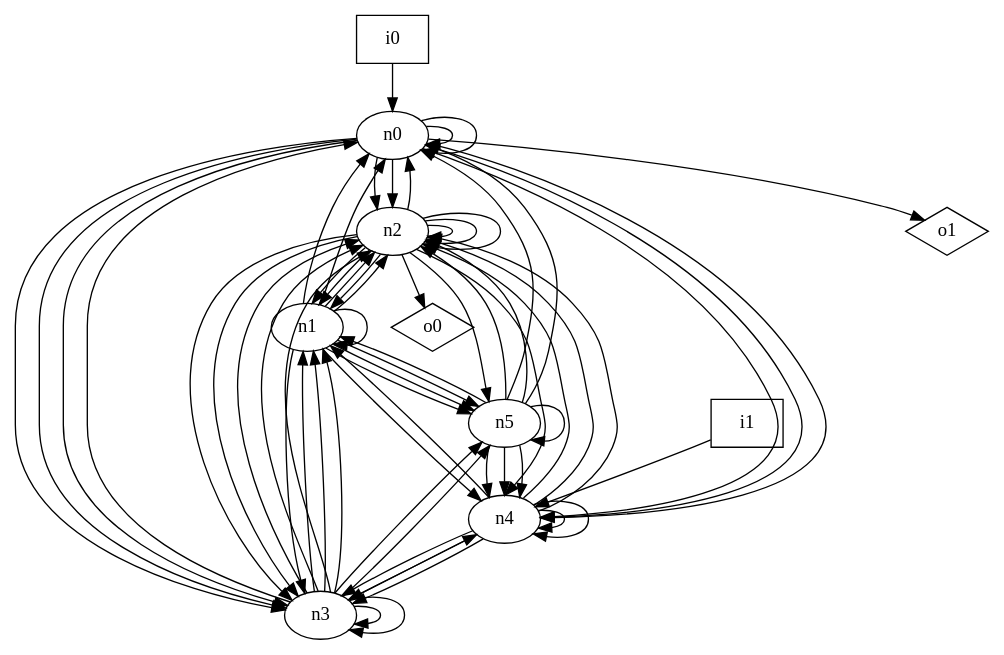
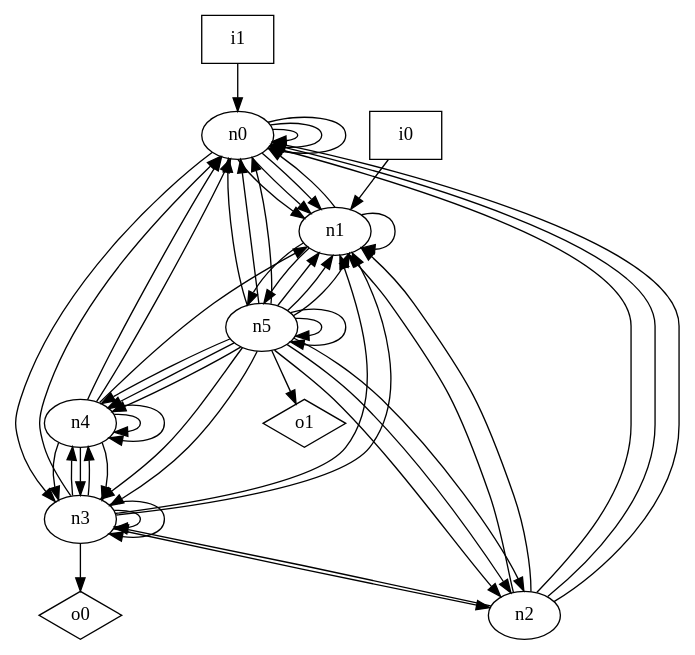
One commit to p9romain/bool-circuits changed the diagram in dot_files/random/random_graph.dot. Above: the diagram before and after it, drawn with Graphviz. The commit also changed 22 other files, not shown here.

```diff
--- a/dot_files/random/random_graph.dot
+++ b/dot_files/random/random_graph.dot
@@ -1,77 +1,65 @@
 digraph G {
 n0 [label="n0"];
 n1 [label="n1"];
 n2 [label="n2"];
 n3 [label="n3"];
 n4 [label="n4"];
 n5 [label="n5"];
 n6 [label="i0",shape="box"];
 n7 [label="i1",shape="box"];
 n8 [label="o0",shape="diamond"];
 n9 [label="o1",shape="diamond"];
 n0 -> n0
 n0 -> n0
-n0 -> n2
-n0 -> n2
+n0 -> n0
+n0 -> n1
+n0 -> n1
+n0 -> n1
 n0 -> n3
-n0 -> n3
-n0 -> n3
-n0 -> n4
-n0 -> n4
-n0 -> n4
-n0 -> n9
-n1 -> n0
 n1 -> n0
 n1 -> n1
-n1 -> n2
-n1 -> n2
-n1 -> n3
-n1 -> n4
-n1 -> n5
 n1 -> n5
 n1 -> n5
 n2 -> n0
+n2 -> n0
+n2 -> n0
 n2 -> n1
 n2 -> n1
-n2 -> n1
-n2 -> n2
-n2 -> n2
-n2 -> n2
 n2 -> n3
-n2 -> n3
-n2 -> n4
-n2 -> n5
-n2 -> n8
 n3 -> n0
 n3 -> n1
 n3 -> n1
-n3 -> n1
-n3 -> n2
-n3 -> n2
 n3 -> n2
 n3 -> n3
 n3 -> n3
 n3 -> n4
-n3 -> n5
-n3 -> n5
+n3 -> n4
+n3 -> n8
+n4 -> n0
+n4 -> n0
 n4 -> n1
-n4 -> n2
-n4 -> n2
-n4 -> n2
 n4 -> n3
 n4 -> n3
 n4 -> n3
 n4 -> n4
 n4 -> n4
 n5 -> n0
 n5 -> n0
+n5 -> n0
+n5 -> n1
+n5 -> n1
 n5 -> n1
 n5 -> n2
 n5 -> n2
+n5 -> n2
+n5 -> n3
+n5 -> n3
 n5 -> n4
 n5 -> n4
 n5 -> n4
 n5 -> n5
-n6 -> n0
-n7 -> n4
+n5 -> n5
+n5 -> n9
+n6 -> n1
+n7 -> n0
 }
```
